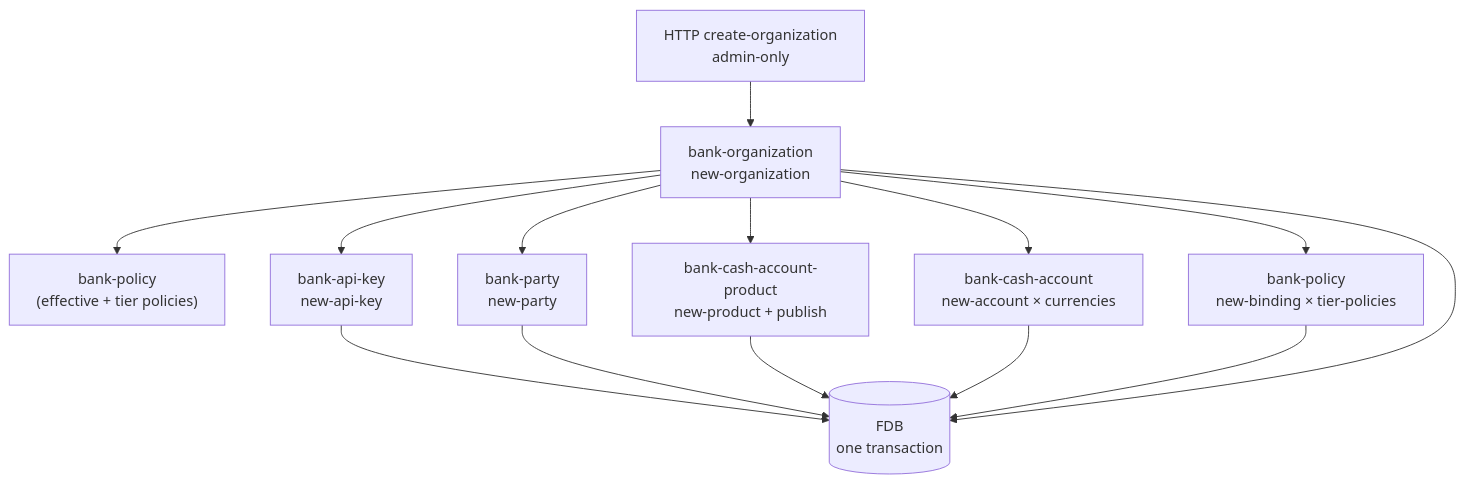
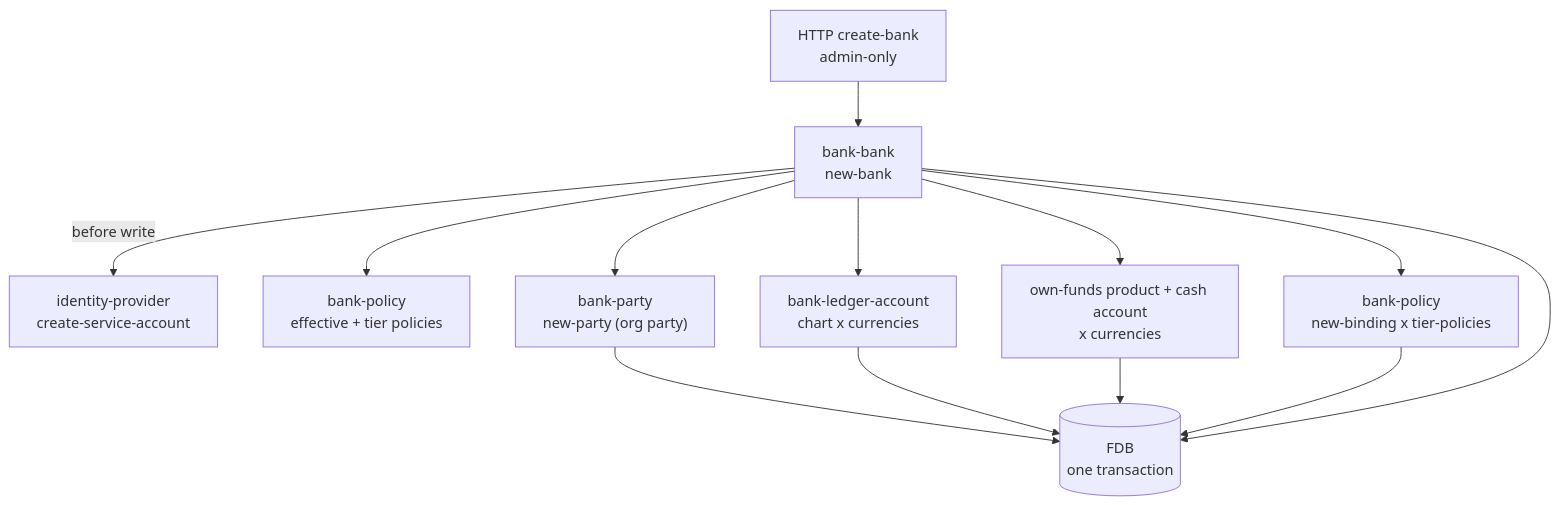
One commit to kjothen/queenswood changed the diagram in docs/tdd/organizations.md. Above: the diagram before and after it, drawn with Mermaid. The commit also changed other lines of this file and 19 other files, not shown here.

````diff
--- a/docs/tdd/organizations.md
+++ b/docs/tdd/organizations.md
@@ -72,26 +76,25 @@
 ```mermaid
 graph TD
-    HTTP[HTTP create-organization<br/>admin-only]
-    BO["bank-organization<br/>new-organization"]
-    POL["bank-policy<br/>(effective + tier policies)"]
-    BAK["bank-api-key<br/>new-api-key"]
-    BP["bank-party<br/>new-party"]
-    BPP["bank-cash-account-product<br/>new-product + publish"]
-    BCA["bank-cash-account<br/>new-account × currencies"]
-    BIND["bank-policy<br/>new-binding × tier-policies"]
+    HTTP["HTTP create-bank<br/>admin-only"]
+    BB["bank-bank<br/>new-bank"]
+    IDP["identity-provider<br/>create-service-account"]
+    POL["bank-policy<br/>effective + tier policies"]
+    BP["bank-party<br/>new-party (org party)"]
+    BLA["bank-ledger-account<br/>chart x currencies"]
+    BHA["own-funds product + cash account<br/>x currencies"]
+    BIND["bank-policy<br/>new-binding x tier-policies"]
     FDB[("FDB<br/>one transaction")]
 
-    HTTP --> BO
-    BO --> POL
-    BO --> BAK
-    BO --> BP
-    BO --> BPP
-    BO --> BCA
-    BO --> BIND
-    BAK --> FDB
+    HTTP --> BB
+    BB -->|before write| IDP
+    BB --> POL
+    BB --> BP
+    BB --> BLA
+    BB --> BHA
+    BB --> BIND
     BP --> FDB
-    BPP --> FDB
-    BCA --> FDB
+    BLA --> FDB
+    BHA --> FDB
     BIND --> FDB
-    BO --> FDB
+    BB --> FDB
 ```
````
